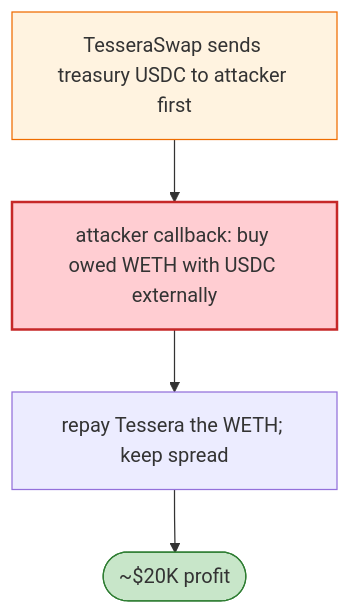
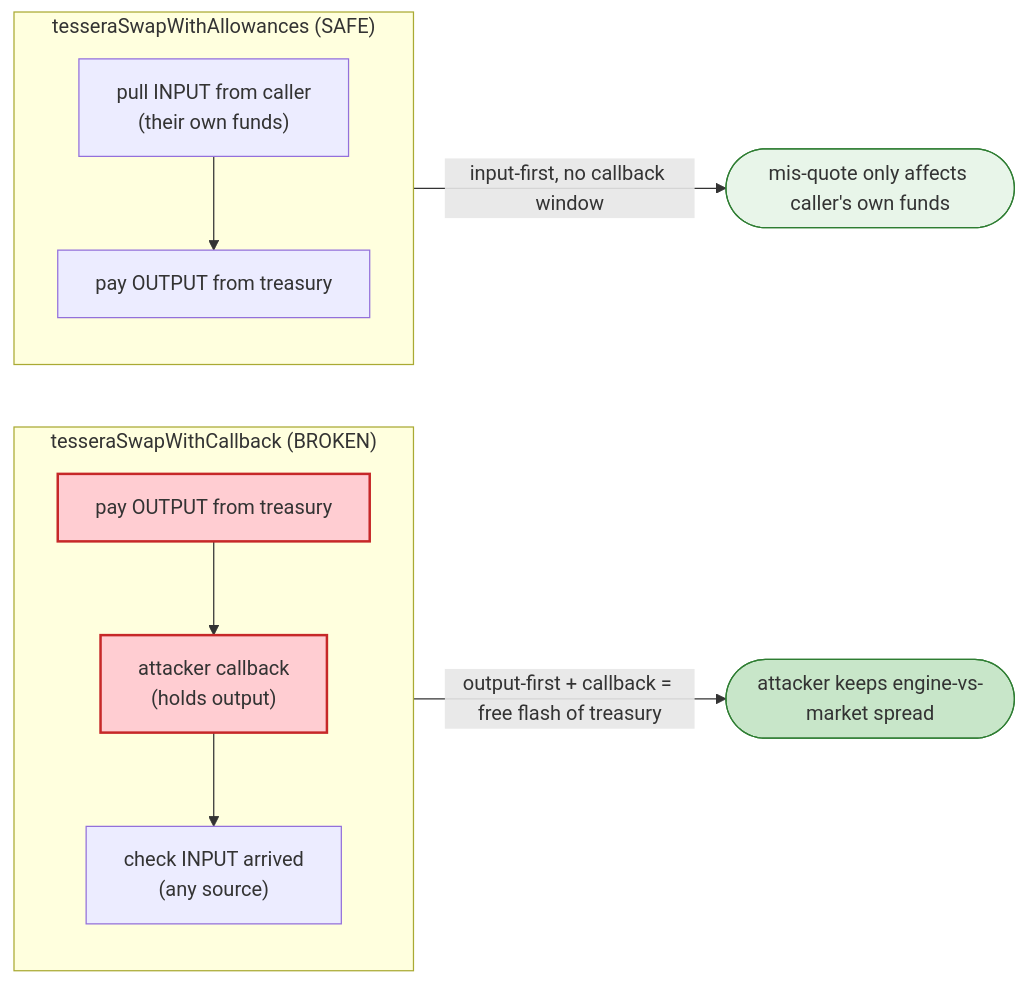
Before and after one commit to sanbir/evm-hack-registry: the fourth of 4 diagrams in 2026-05-TesseraSwap_exp/TesseraSwap_exp.md, drawn with Mermaid. The commit also changed other lines of this file and 32 other files, not shown here.

````diff
--- a/2026-05-TesseraSwap_exp/TesseraSwap_exp.md
+++ b/2026-05-TesseraSwap_exp/TesseraSwap_exp.md
@@ -37,10 +353,16 @@
 ```mermaid
-flowchart TD
-    S["TesseraSwap sends treasury USDC to attacker first"] --> CB["attacker callback: buy owed WETH with USDC externally"]
-    CB --> RP["repay Tessera the WETH; keep spread"]
-    RP --> OUT(["~$20K profit"])
+flowchart LR
+    subgraph Broken["tesseraSwapWithCallback (BROKEN)"]
+        B1["pay OUTPUT from treasury"] --> B2["attacker callback<br/>(holds output)"] --> B3["check INPUT arrived<br/>(any source)"]
+    end
+    subgraph Safe["tesseraSwapWithAllowances (SAFE)"]
+        A1["pull INPUT from caller<br/>(their own funds)"] --> A2["pay OUTPUT from treasury"]
+    end
+    Broken -->|"output-first + callback = free flash of treasury"| Loss(["attacker keeps engine-vs-market spread"])
+    Safe -->|"input-first, no callback window"| Ok(["mis-quote only affects caller's own funds"])
 
-    style S fill:#fff3e0,stroke:#ef6c00
-    style CB fill:#ffcdd2,stroke:#c62828,stroke-width:2px
-    style OUT fill:#c8e6c9,stroke:#2e7d32
+    style B1 fill:#ffcdd2,stroke:#c62828,stroke-width:2px
+    style B2 fill:#ffcdd2,stroke:#c62828,stroke-width:2px
+    style Loss fill:#c8e6c9,stroke:#2e7d32
+    style Ok fill:#e8f5e9,stroke:#2e7d32
 ```
````
